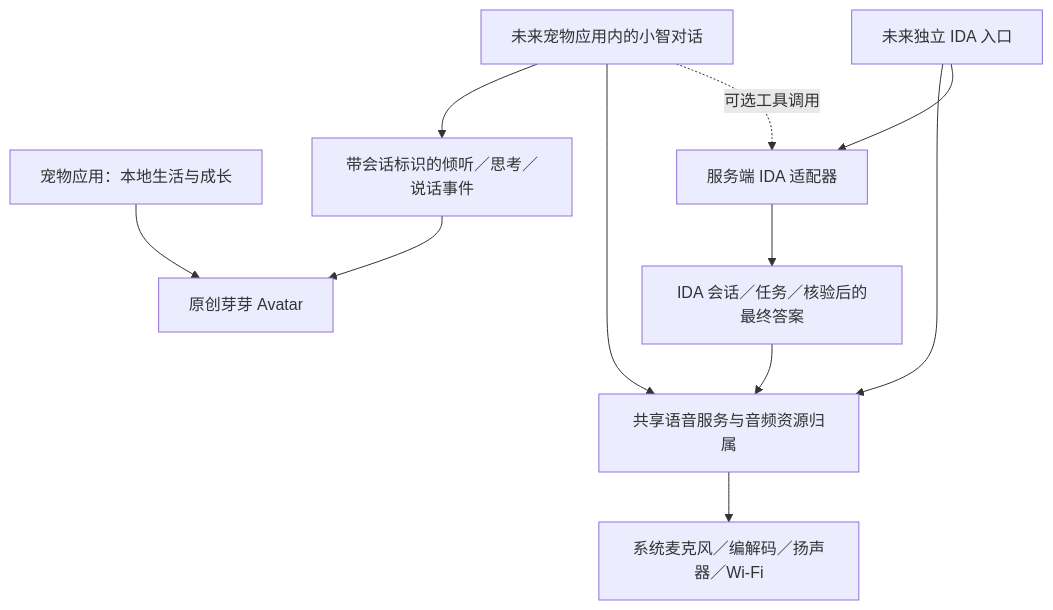
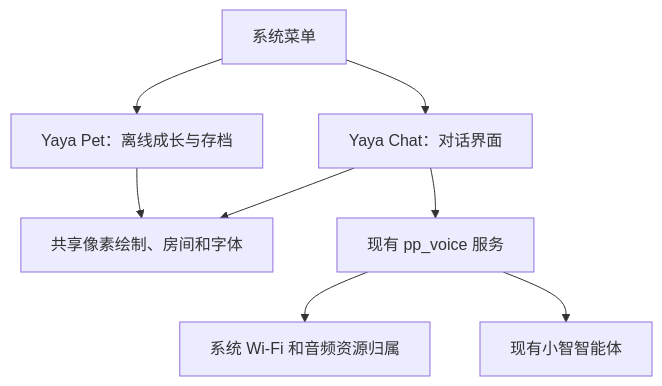
The diagram in firmware/muyu/docs/voice-integration.zh_CN.md (xibumianbao/ai-passport), drawn with Mermaid before and after one commit. The commit also changed other lines of this file and 48 other files, not shown here.

Commit message:
feat(passport): add pixel Yaya chat and slim system services

````diff
--- a/firmware/muyu/docs/voice-integration.zh_CN.md
+++ b/firmware/muyu/docs/voice-integration.zh_CN.md
@@ -9,13 +9,10 @@
 ```mermaid
 flowchart TD
-  A[宠物应用：本地生活与成长] --> V[原创芽芽 Avatar]
-  X[未来宠物应用内的小智对话] --> E[带会话标识的倾听／思考／说话事件]
-  D[独立小智应用] --> S
-  E --> V
-  I[未来独立 IDA 入口] --> S[共享语音服务与音频资源归属]
-  X --> S
-  S --> M[系统麦克风／编解码／扬声器／Wi-Fi]
-  I --> G[服务端 IDA 适配器]
-  X -. 可选工具调用 .-> G
-  G --> D[IDA 会话／任务／核验后的最终答案]
+  Menu[系统菜单] --> Pet[Yaya Pet：离线成长与存档]
+  Menu --> Chat[Yaya Chat：对话界面]
+  Pet --> Art[共享像素绘制、房间和字体]
+  Chat --> Art
+  Chat --> Voice[现有 pp_voice 服务]
+  Voice --> System[系统 Wi-Fi 和音频资源归属]
+  Voice --> Cloud[现有小智智能体]
 ```
````
